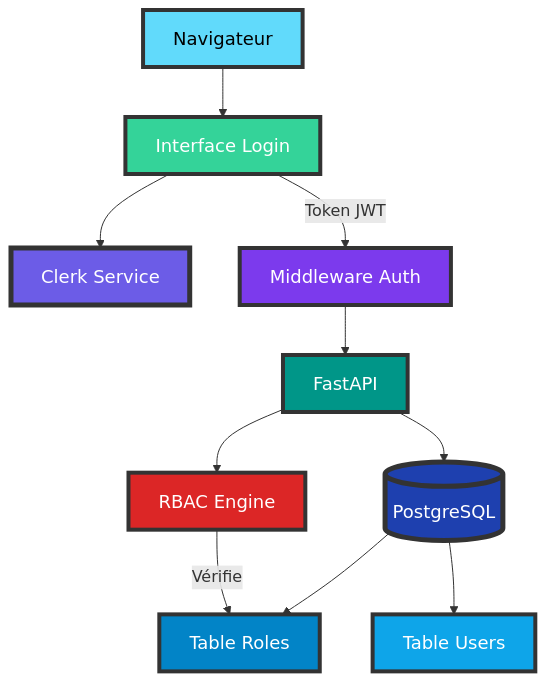
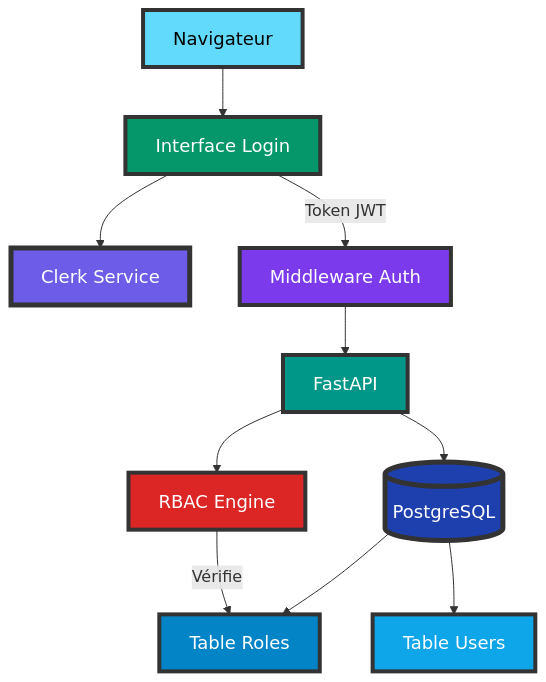
Before and after one commit to inskillflow/awsbedrock-demo-1-inmemory: the eighth of 15 diagrams in documentation/00-ARCHITECTURE.md, drawn with Mermaid. The commit also changed other lines of this file, not shown here.

First line of the commit message:
fix: correction du contraste texte/fond dans les diagrammes

````diff
--- a/documentation/00-ARCHITECTURE.md
+++ b/documentation/00-ARCHITECTURE.md
@@ -285,36 +285,36 @@
 ```mermaid
 graph TB
     Browser[Navigateur]
     Login[Interface Login]
     
     Clerk[Clerk Service]
     Auth[Middleware Auth]
     
     API[FastAPI]
     RBAC[RBAC Engine]
     
     DB[(PostgreSQL)]
     Users[Table Users]
     Roles[Table Roles]
     
     Browser --> Login
     Login --> Clerk
     Login -->|Token JWT| Auth
     Auth --> API
     API --> RBAC
     RBAC -->|Vérifie| Roles
     
     API --> DB
     DB --> Users
     DB --> Roles
     
     style Browser fill:#61DAFB,stroke:#333,stroke-width:4px,color:#000,font-size:18px
-    style Login fill:#34D399,stroke:#333,stroke-width:4px,color:#fff,font-size:18px
+    style Login fill:#059669,stroke:#333,stroke-width:4px,color:#fff,font-size:18px
     style Clerk fill:#6C5CE7,stroke:#333,stroke-width:5px,color:#fff,font-size:18px
     style Auth fill:#7C3AED,stroke:#333,stroke-width:4px,color:#fff,font-size:18px
     style API fill:#009688,stroke:#333,stroke-width:4px,color:#fff,font-size:18px
     style RBAC fill:#DC2626,stroke:#333,stroke-width:4px,color:#fff,font-size:18px
     style DB fill:#1E40AF,stroke:#333,stroke-width:5px,color:#fff,font-size:18px
     style Users fill:#0EA5E9,stroke:#333,stroke-width:4px,color:#fff,font-size:18px
     style Roles fill:#0284C7,stroke:#333,stroke-width:4px,color:#fff,font-size:18px
 ```
````
